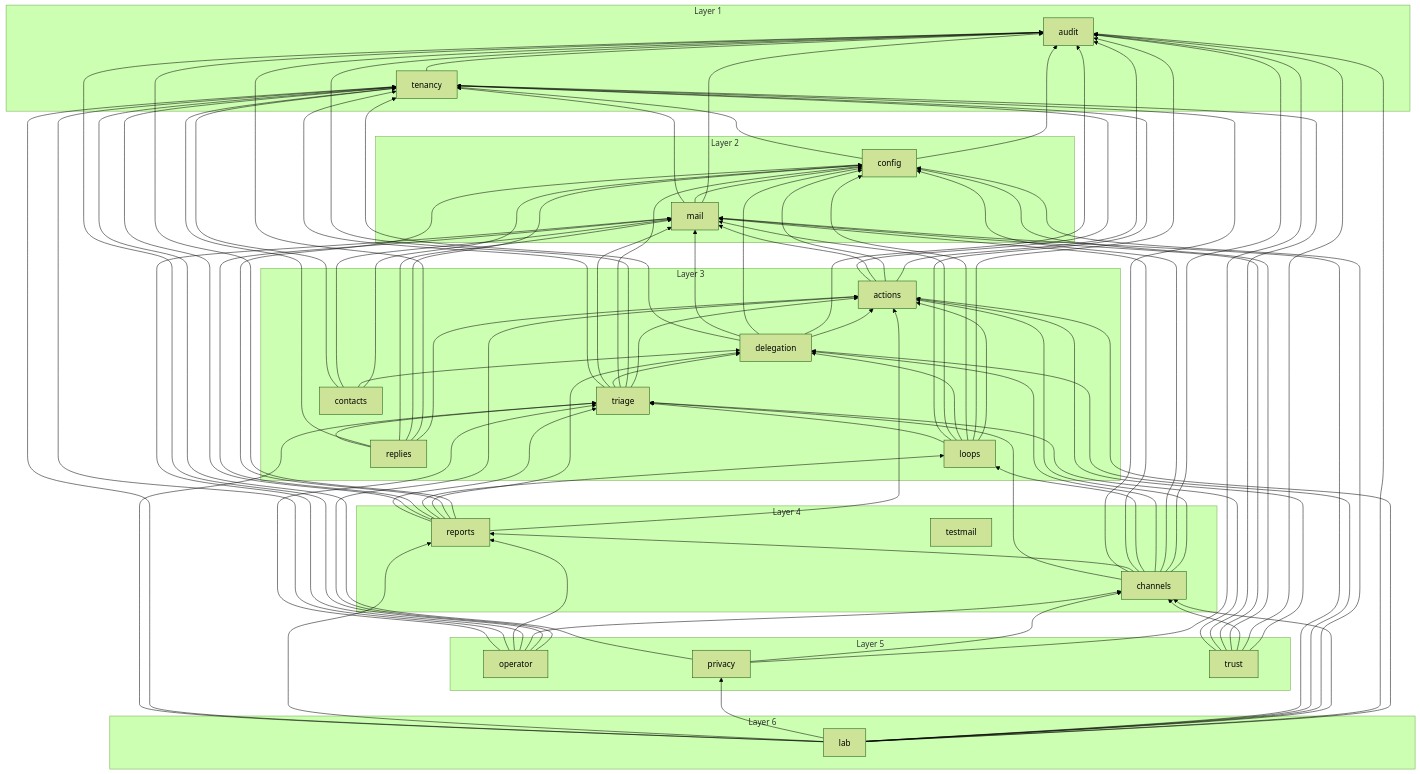
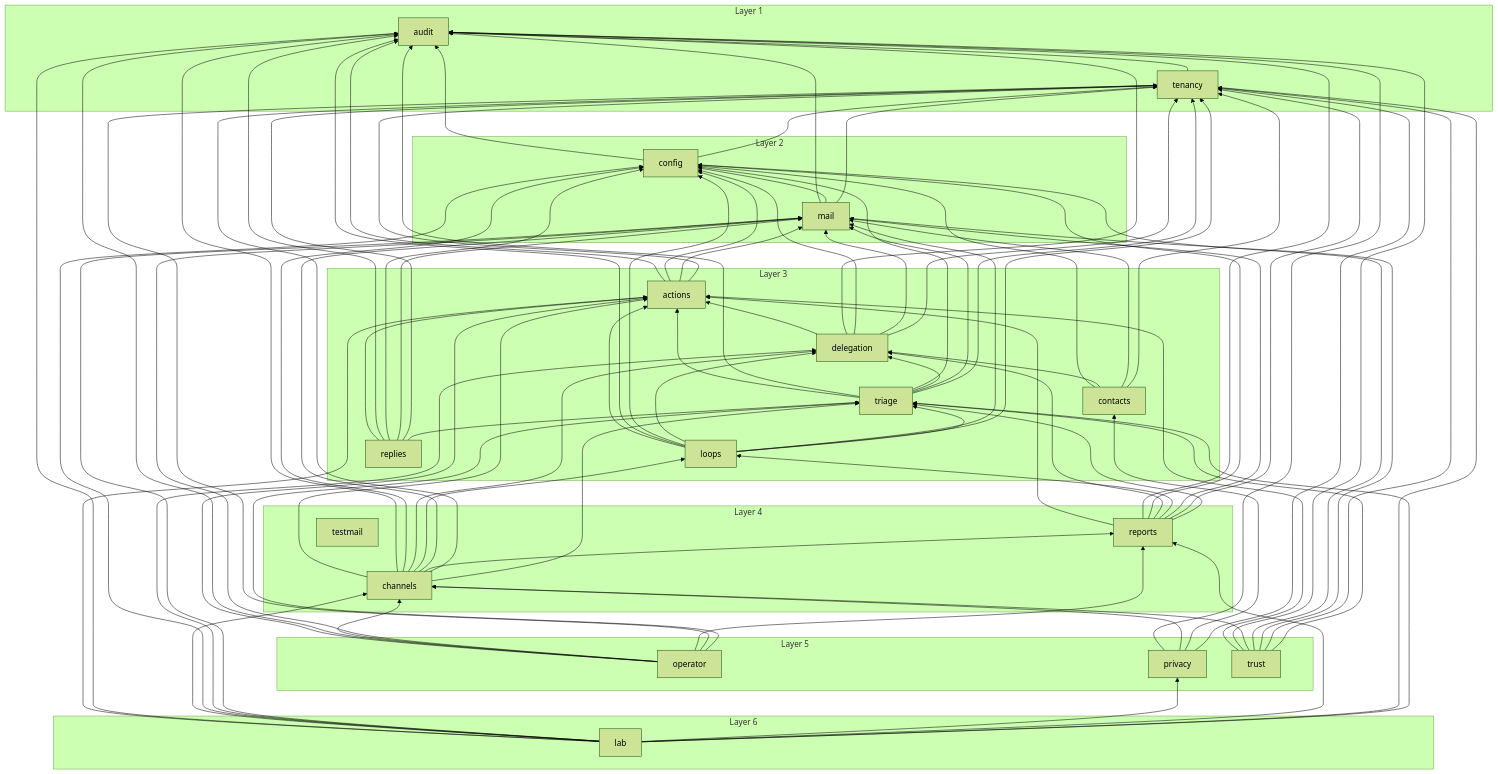
Before and after one commit to Artexs/email_assistant: the diagram in docs/diagrams/module-graph.md, drawn with Mermaid (forest theme). The commit also changed 11 other files, not shown here.

Commit message:
F120 stage 04: tests for the lock, the completeness check and the cross-organization joins; docs and module graph

```diff
--- a/docs/diagrams/module-graph.md
+++ b/docs/diagrams/module-graph.md
@@ -88,6 +88,7 @@
   operator --> triage
   privacy --> audit
   privacy --> channels
+  privacy --> contacts
   privacy --> tenancy
   replies --> actions
   replies --> audit
```
